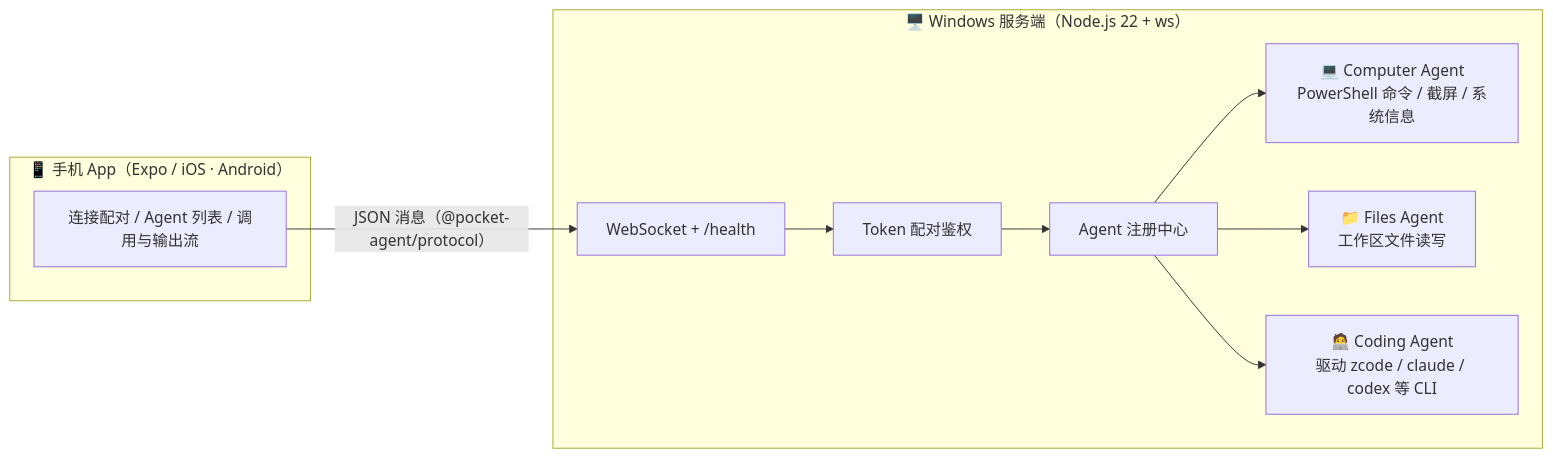
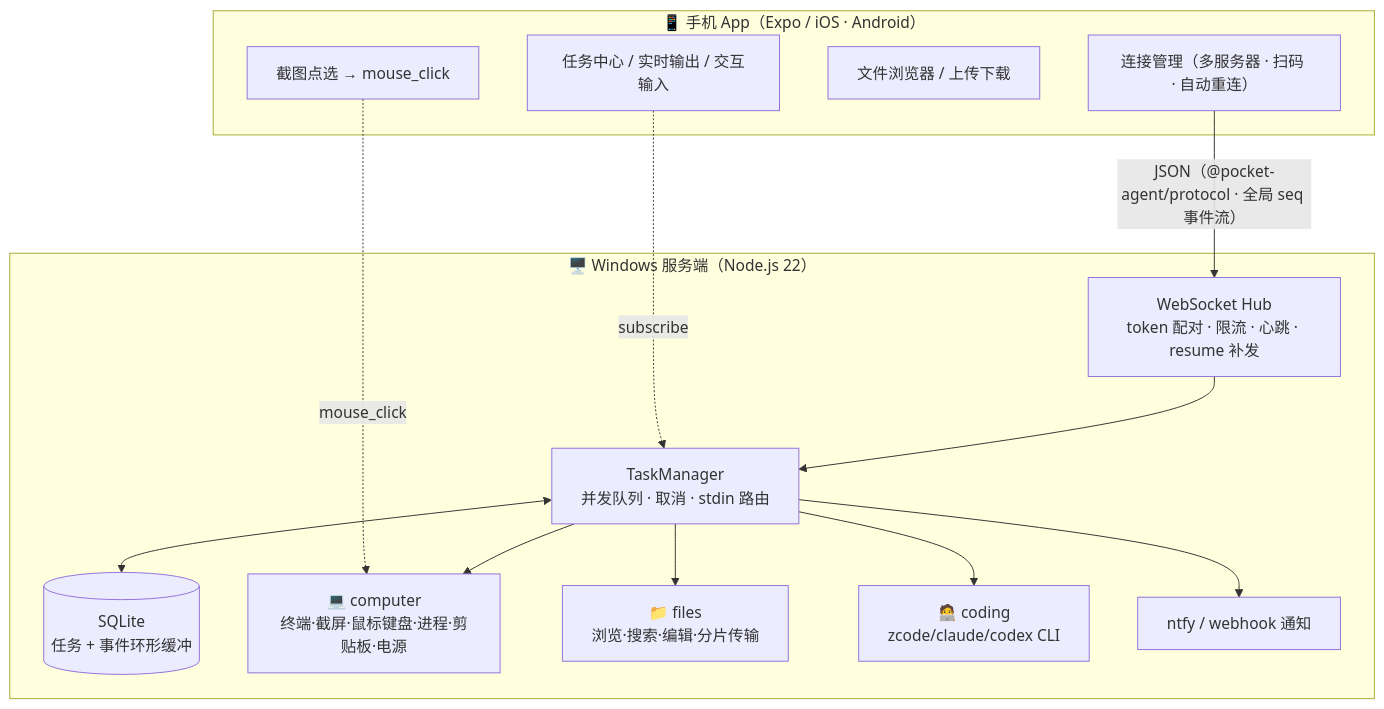
The diagram in README.md (ericbyz/pocket-agent), drawn with Mermaid before and after one commit. The commit also changed other lines of this file and 33 other files, not shown here.

````diff
--- a/README.md
+++ b/README.md
@@ -13,17 +25,24 @@
 ```mermaid
-flowchart LR
+flowchart TB
     subgraph phone["📱 手机 App（Expo / iOS · Android）"]
-        UI["连接配对 / Agent 列表 / 调用与输出流"]
+        UI["连接管理（多服务器 · 扫码 · 自动重连）"]
+        TASKS["任务中心 / 实时输出 / 交互输入"]
+        FILES["文件浏览器 / 上传下载"]
+        TAP["截图点选 → mouse_click"]
     end
-    subgraph pc["🖥️ Windows 服务端（Node.js 22 + ws）"]
-        WS["WebSocket + /health"]
-        AUTH["Token 配对鉴权"]
-        REG["Agent 注册中心"]
-        A1["💻 Computer Agent<br/>PowerShell 命令 / 截屏 / 系统信息"]
-        A2["📁 Files Agent<br/>工作区文件读写"]
-        A3["🧑‍💻 Coding Agent<br/>驱动 zcode / claude / codex 等 CLI"]
+    subgraph pc["🖥️ Windows 服务端（Node.js 22）"]
+        WS["WebSocket Hub<br/>token 配对 · 限流 · 心跳 · resume 补发"]
+        TM["TaskManager<br/>并发队列 · 取消 · stdin 路由"]
+        DB[("SQLite<br/>任务 + 事件环形缓冲")]
+        A1["💻 computer<br/>终端·截屏·鼠标键盘·进程·剪贴板·电源"]
+        A2["📁 files<br/>浏览·搜索·编辑·分片传输"]
+        A3["🧑‍💻 coding<br/>zcode/claude/codex CLI"]
+        NOTIFY["ntfy / webhook 通知"]
     end
-    UI -- "JSON 消息（@pocket-agent/protocol）" --> WS
-    WS --> AUTH --> REG
-    REG --> A1 & A2 & A3
+    UI -- "JSON（@pocket-agent/protocol · 全局 seq 事件流）" --> WS
+    WS --> TM <--> DB
+    TM --> A1 & A2 & A3
+    TASKS -.subscribe.-> TM
+    TAP -.mouse_click.-> A1
+    TM --> NOTIFY
 ```
````
